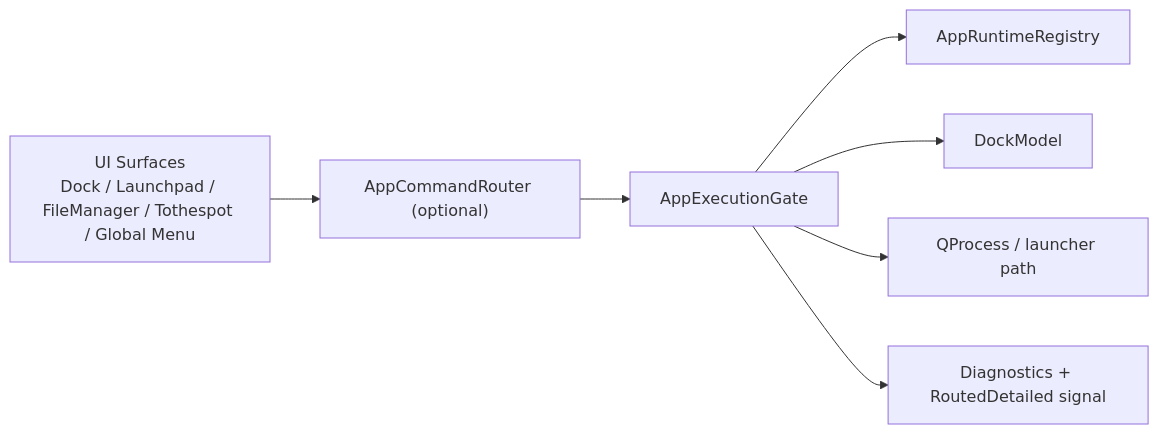
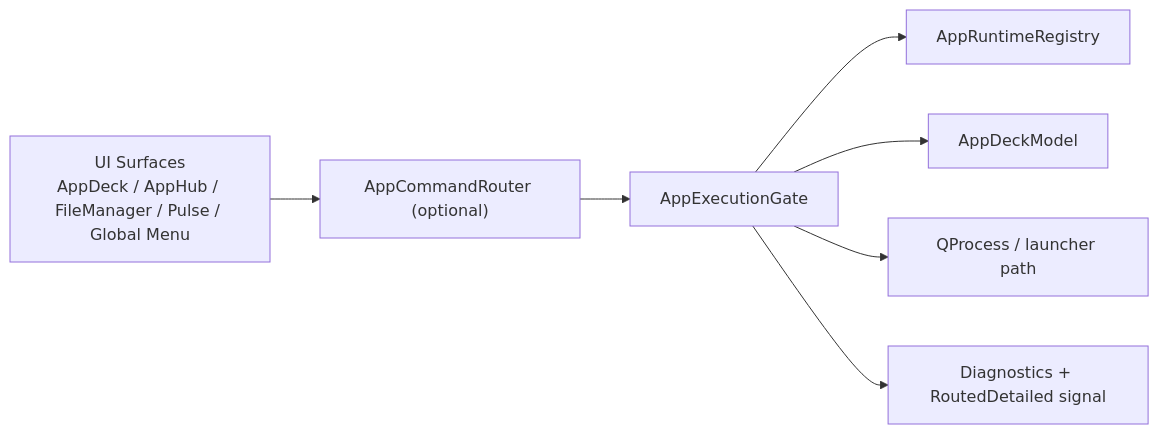
Before and after one commit to mumulalasoft/slm-desktop: the first of 2 diagrams in docs/architecture/APP_EXECUTION_GATE.md, drawn with Mermaid. The commit also changed other lines of this file and 157 other files, not shown here.

Commit message:
Refactor shell into AppDeck and Crown

````diff
--- a/docs/architecture/APP_EXECUTION_GATE.md
+++ b/docs/architecture/APP_EXECUTION_GATE.md
@@ -7,10 +7,10 @@
 ```mermaid
 flowchart LR
     UI["UI Surfaces
-Dock / Launchpad / FileManager / Tothespot / Global Menu"] --> Router["AppCommandRouter (optional)"]
+AppDeck / AppHub / FileManager / Pulse / Global Menu"] --> Router["AppCommandRouter (optional)"]
     Router --> Gate["AppExecutionGate"]
     Gate --> Runtime["AppRuntimeRegistry"]
-    Gate --> DockModel["DockModel"]
+    Gate --> AppDeckModel["AppDeckModel"]
     Gate --> Process["QProcess / launcher path"]
     Gate --> Observability["Diagnostics + RoutedDetailed signal"]
 ```
````
